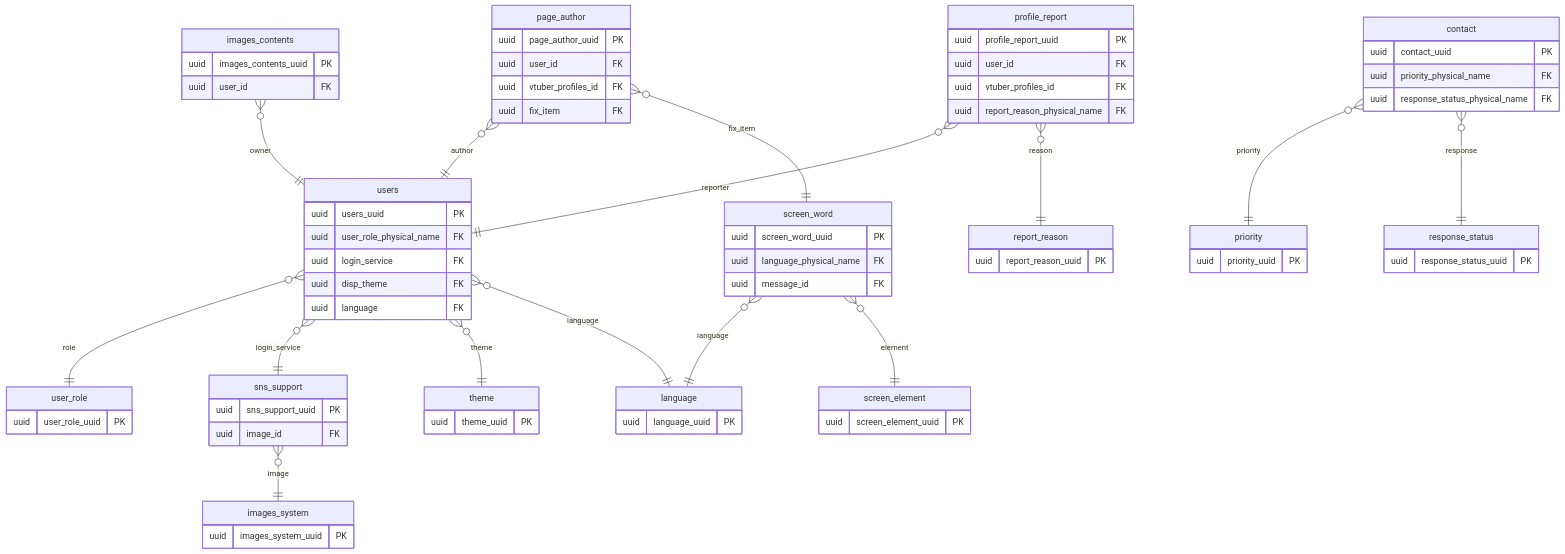
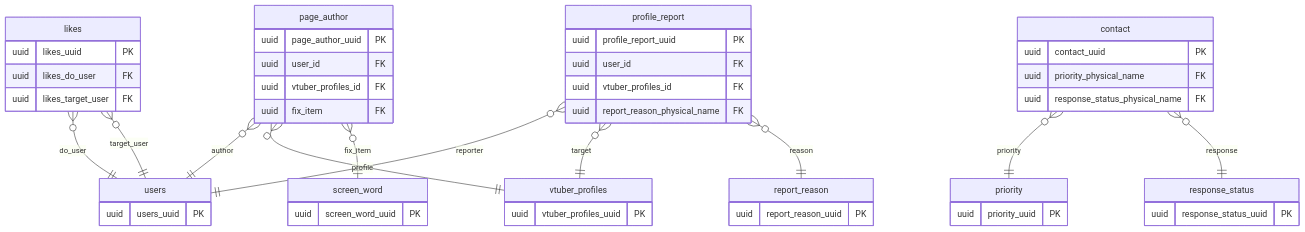
One commit to Soranoana/VtuberMeikan changed the fifth of 5 diagrams in .design/DB/DB設計ER図.md. Above: the diagram before and after it, drawn with Mermaid. The commit also changed other lines of this file, not shown here.

Commit message:
さらに分割させた。精査が必要

````diff
--- a/.design/DB/DB設計ER図.md
+++ b/.design/DB/DB設計ER図.md
@@ -192,44 +190,18 @@
 erDiagram
     users {
         uuid users_uuid PK
-        uuid user_role_physical_name FK
-        uuid login_service FK
-        uuid disp_theme FK
-        uuid language FK
     }
-    user_role {
-        uuid user_role_uuid PK
-    }
-    sns_support {
-        uuid sns_support_uuid PK
-        uuid image_id FK
-    }
-    theme {
-        uuid theme_uuid PK
-    }
-    language {
-        uuid language_uuid PK
-    }
-    images_contents {
-        uuid images_contents_uuid PK
-        uuid user_id FK
-    }
-    images_system {
-        uuid images_system_uuid PK
-    }
-    screen_element {
-        uuid screen_element_uuid PK
-    }
-    screen_word {
-        uuid screen_word_uuid PK
-        uuid language_physical_name FK
-        uuid message_id FK
+    vtuber_profiles {
+        uuid vtuber_profiles_uuid PK
     }
     page_author {
         uuid page_author_uuid PK
         uuid user_id FK
         uuid vtuber_profiles_id FK
         uuid fix_item FK
+    }
+    screen_word {
+        uuid screen_word_uuid PK
     }
     contact {
         uuid contact_uuid PK
@@ -251,25 +223,23 @@
     report_reason {
         uuid report_reason_uuid PK
     }
-
-    users }o--|| user_role : role
-    users }o--|| sns_support : login_service
-    users }o--|| theme : theme
-    users }o--|| language : language
-
-    sns_support }o--|| images_system : image
-
-    images_contents }o--|| users : owner
-
-    screen_word }o--|| language : language
-    screen_word }o--|| screen_element : element
+    likes {
+        uuid likes_uuid PK
+        uuid likes_do_user FK
+        uuid likes_target_user FK
+    }
 
     page_author }o--|| users : author
+    page_author }o--|| vtuber_profiles : profile
     page_author }o--|| screen_word : fix_item
 
     contact }o--|| priority : priority
     contact }o--|| response_status : response
 
     profile_report }o--|| users : reporter
+    profile_report }o--|| vtuber_profiles : target
     profile_report }o--|| report_reason : reason
+
+    likes }o--|| users : do_user
+    likes }o--|| users : target_user
 ```
````
